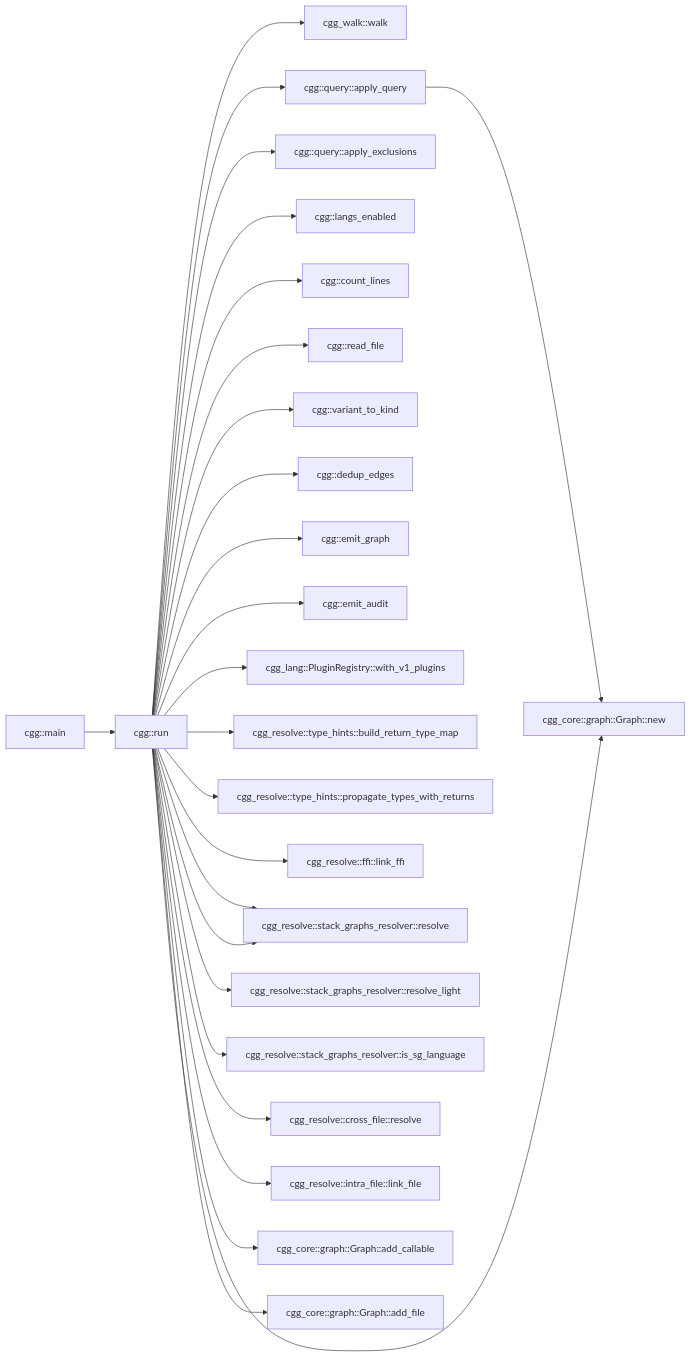
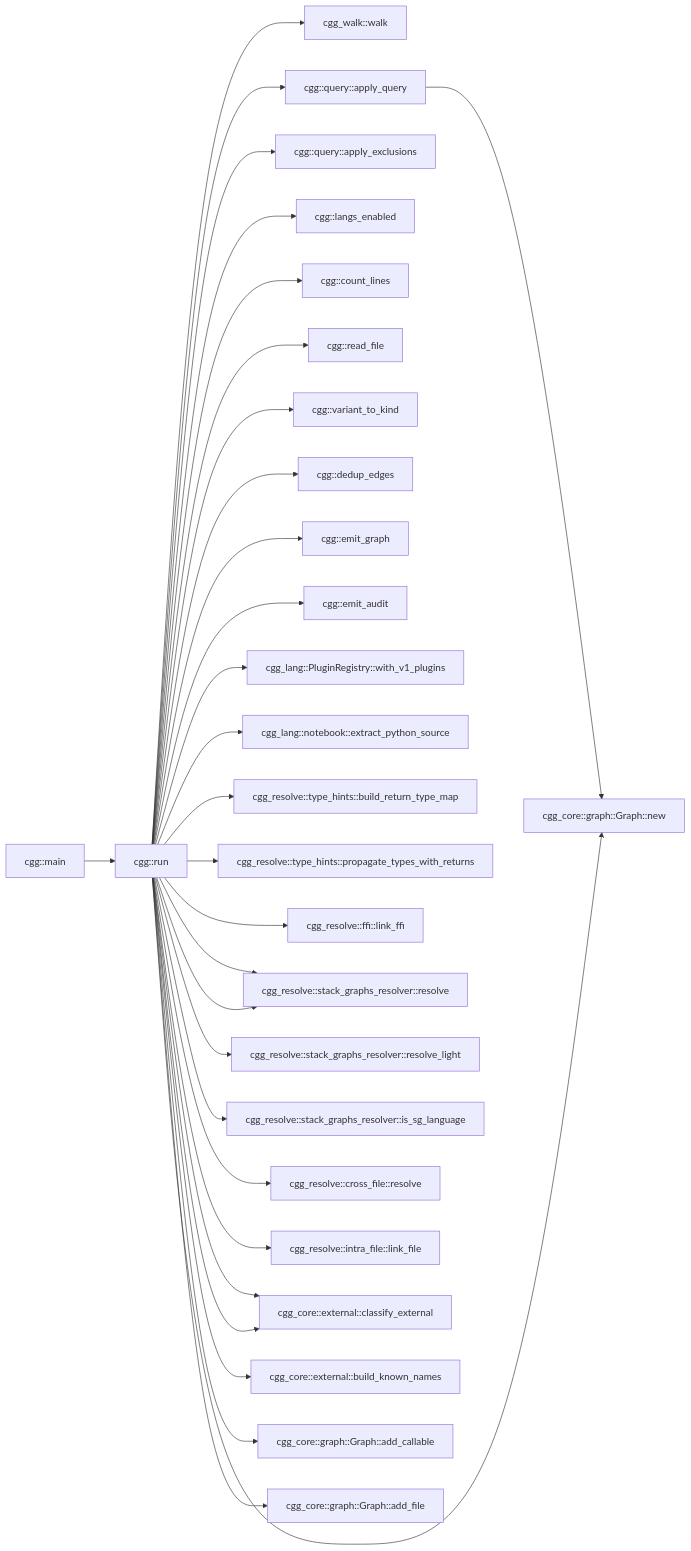
The first of 3 diagrams in README.md (NeuralNotwerk/cgg), drawn with Mermaid before and after one commit. The commit also changed other lines of this file and 31 other files, not shown here.

First line of the commit message:
feat: 39 languages, cross-file resolution, asm↔C FFI bridge

````diff
--- a/README.md
+++ b/README.md
@@ -240,52 +262,59 @@
 ```mermaid
 flowchart LR
   C2["cgg_walk::walk"]
   C72["cgg::query::apply_query"]
   C73["cgg::query::apply_exclusions"]
   C85["cgg::main"]
   C87["cgg::run"]
   C88["cgg::langs_enabled"]
   C89["cgg::count_lines"]
   C90["cgg::read_file"]
   C91["cgg::variant_to_kind"]
   C92["cgg::dedup_edges"]
   C94["cgg::emit_graph"]
   C96["cgg::emit_audit"]
-  C687["cgg_lang::PluginRegistry::with_v1_plugins"]
-  C720["cgg_resolve::type_hints::build_return_type_map"]
-  C721["cgg_resolve::type_hints::propagate_types_with_returns"]
-  C737["cgg_resolve::ffi::link_ffi"]
-  C758["cgg_resolve::stack_graphs_resolver::resolve"]
-  C759["cgg_resolve::stack_graphs_resolver::resolve_light"]
-  C760["cgg_resolve::stack_graphs_resolver::is_sg_language"]
-  C761["cgg_resolve::cross_file::resolve"]
-  C773["cgg_resolve::intra_file::link_file"]
-  C822["cgg_core::graph::Graph::new"]
-  C823["cgg_core::graph::Graph::add_callable"]
-  C824["cgg_core::graph::Graph::add_file"]
+  C840["cgg_lang::PluginRegistry::with_v1_plugins"]
+  C845["cgg_lang::notebook::extract_python_source"]
+  C879["cgg_resolve::type_hints::build_return_type_map"]
+  C880["cgg_resolve::type_hints::propagate_types_with_returns"]
+  C896["cgg_resolve::ffi::link_ffi"]
+  C919["cgg_resolve::stack_graphs_resolver::resolve"]
+  C920["cgg_resolve::stack_graphs_resolver::resolve_light"]
+  C921["cgg_resolve::stack_graphs_resolver::is_sg_language"]
+  C922["cgg_resolve::cross_file::resolve"]
+  C934["cgg_resolve::intra_file::link_file"]
+  C980["cgg_core::external::classify_external"]
+  C982["cgg_core::external::build_known_names"]
+  C983["cgg_core::graph::Graph::new"]
+  C984["cgg_core::graph::Graph::add_callable"]
+  C985["cgg_core::graph::Graph::add_file"]
   C85 --> C87
   C87 --> C88
   C87 --> C90
   C87 --> C89
   C87 --> C91
   C87 --> C92
   C87 --> C94
   C87 --> C96
-  C72 --> C822
+  C72 --> C983
   C87 --> C2
-  C87 --> C687
-  C87 --> C822
-  C87 --> C824
-  C87 --> C823
-  C87 --> C720
-  C87 --> C721
-  C87 --> C773
-  C87 --> C758
-  C87 --> C758
-  C87 --> C760
-  C87 --> C759
-  C87 --> C761
-  C87 --> C737
+  C87 --> C840
+  C87 --> C983
+  C87 --> C845
+  C87 --> C985
+  C87 --> C984
+  C87 --> C879
+  C87 --> C880
+  C87 --> C982
+  C87 --> C934
+  C87 --> C980
+  C87 --> C919
+  C87 --> C919
+  C87 --> C921
+  C87 --> C920
+  C87 --> C980
+  C87 --> C922
+  C87 --> C896
   C87 --> C72
   C87 --> C73
 ```
````
